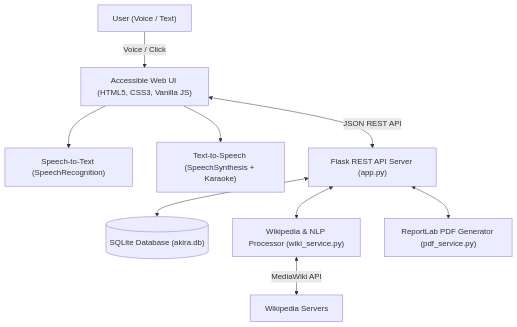
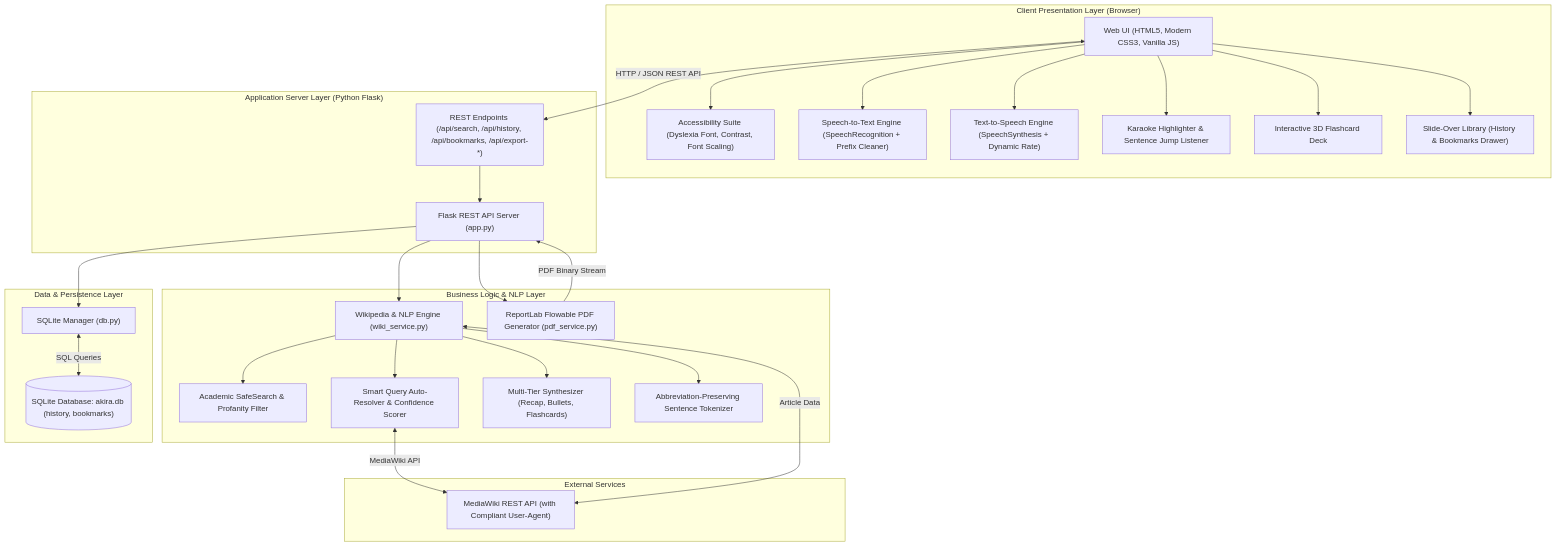
One commit to s-yogeshwaran/AKIRA changed the diagram in README.md. Above: the diagram before and after it, drawn with Mermaid. The commit also changed other lines of this file, not shown here.

Commit message:
docs: enrich System Architecture with multi-tier subgraphs and expand exhaustive Key Features list

````diff
--- a/README.md
+++ b/README.md
@@ -44,20 +64,64 @@
 ```mermaid
 graph TD
-    User["User (Voice / Text)"]
-    WebUI["Accessible Web UI (HTML5, CSS3, Vanilla JS)"]
-    Mic["Speech-to-Text (SpeechRecognition)"]
-    TTS["Text-to-Speech (SpeechSynthesis + Karaoke)"]
-    Flask["Flask REST API Server (app.py)"]
-    DB[("SQLite Database (akira.db)")]
-    WikiNLP["Wikipedia & NLP Processor (wiki_service.py)"]
-    PDF["ReportLab PDF Generator (pdf_service.py)"]
+    subgraph Client ["Client Presentation Layer (Browser)"]
+        UI["Web UI (HTML5, Modern CSS3, Vanilla JS)"]
+        A11y["Accessibility Suite (Dyslexia Font, Contrast, Font Scaling)"]
+        STT["Speech-to-Text Engine (SpeechRecognition + Prefix Cleaner)"]
+        TTS["Text-to-Speech Engine (SpeechSynthesis + Dynamic Rate)"]
+        Karaoke["Karaoke Highlighter & Sentence Jump Listener"]
+        Flashcards["Interactive 3D Flashcard Deck"]
+        Drawer["Slide-Over Library (History & Bookmarks Drawer)"]
+    end
 
-    User -->|Voice / Click| WebUI
-    WebUI --> Mic
-    WebUI --> TTS
-    WebUI <-->|JSON REST API| Flask
-    Flask <--> DB
-    Flask <--> WikiNLP
-    Flask <--> PDF
-    WikiNLP <-->|MediaWiki API| WikiServer["Wikipedia Servers"]
+    subgraph Server ["Application Server Layer (Python Flask)"]
+        App["Flask REST API Server (app.py)"]
+        Routes["REST Endpoints (/api/search, /api/history, /api/bookmarks, /api/export-*)"]
+    end
+
+    subgraph Logic ["Business Logic & NLP Layer"]
+        WikiService["Wikipedia & NLP Engine (wiki_service.py)"]
+        SafeSearch["Academic SafeSearch & Profanity Filter"]
+        AutoResolve["Smart Query Auto-Resolver & Confidence Scorer"]
+        Synthesizer["Multi-Tier Synthesizer (Recap, Bullets, Flashcards)"]
+        Tokenizer["Abbreviation-Preserving Sentence Tokenizer"]
+        PDFService["ReportLab Flowable PDF Generator (pdf_service.py)"]
+    end
+
+    subgraph Storage ["Data & Persistence Layer"]
+        DBManager["SQLite Manager (db.py)"]
+        SQLiteDB[("SQLite Database: akira.db (history, bookmarks)")]
+    end
+
+    subgraph External ["External Services"]
+        WikiAPI["MediaWiki REST API (with Compliant User-Agent)"]
+    end
+
+    %% Client Interactions
+    UI --> STT
+    UI --> TTS
+    UI --> A11y
+    UI --> Karaoke
+    UI --> Flashcards
+    UI --> Drawer
+
+    %% Client to Server
+    UI <-->|HTTP / JSON REST API| Routes
+    Routes --> App
+
+    %% Server to Logic
+    App --> WikiService
+    App --> DBManager
+    App --> PDFService
+
+    %% Logic Submodules
+    WikiService --> SafeSearch
+    WikiService --> AutoResolve
+    WikiService --> Synthesizer
+    WikiService --> Tokenizer
+
+    %% External & Persistence
+    AutoResolve <-->|MediaWiki API| WikiAPI
+    WikiService <-->|Article Data| WikiAPI
+    DBManager <-->|SQL Queries| SQLiteDB
+    PDFService -->|PDF Binary Stream| App
 ```
````
